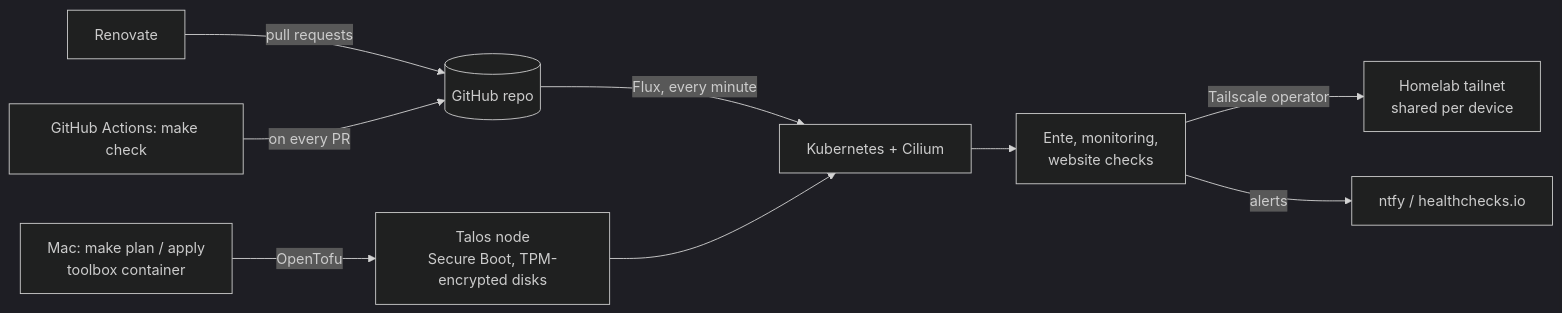
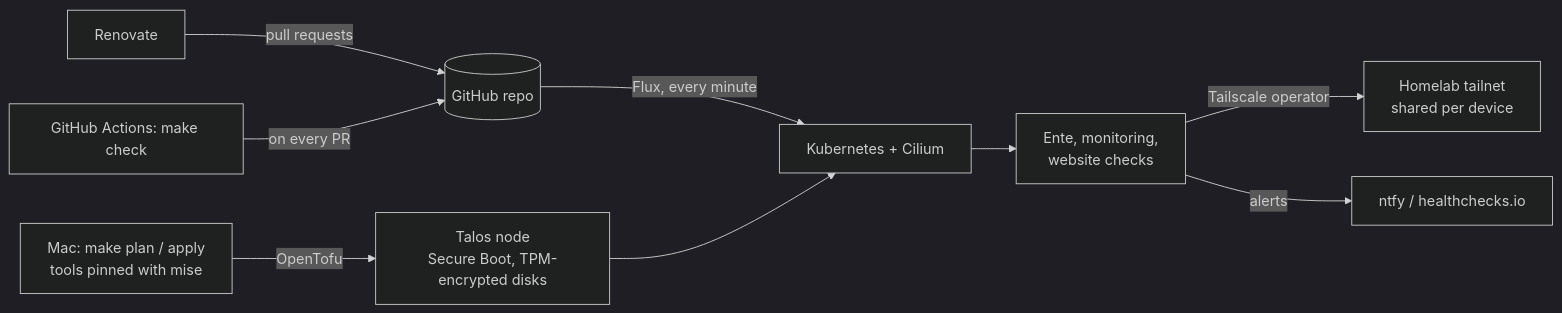
Before and after one commit to andreibadescu/homelab: the diagram in README.md, drawn with Mermaid (dark theme). The commit also changed other lines of this file and 13 other files, not shown here.

````diff
--- a/README.md
+++ b/README.md
@@ -12,11 +12,11 @@
 ```mermaid
 flowchart LR
-  dev[Mac: make plan / apply<br/>toolbox container] -->|OpenTofu| talos[Talos node<br/>Secure Boot, TPM-encrypted disks]
+  dev[Mac: make plan / apply<br/>tools pinned with mise] -->|OpenTofu| talos[Talos node<br/>Secure Boot, TPM-encrypted disks]
   git[(GitHub repo)] -->|Flux, every minute| k8s
   talos --> k8s[Kubernetes + Cilium]
   k8s --> apps[Ente, monitoring,<br/>website checks]
   apps -->|Tailscale operator| tailnet[Homelab tailnet<br/>shared per device]
   apps -->|alerts| ntfy[ntfy / healthchecks.io]
   renovate[Renovate] -->|pull requests| git
   ci[GitHub Actions: make check] -->|on every PR| git
 ```
````
